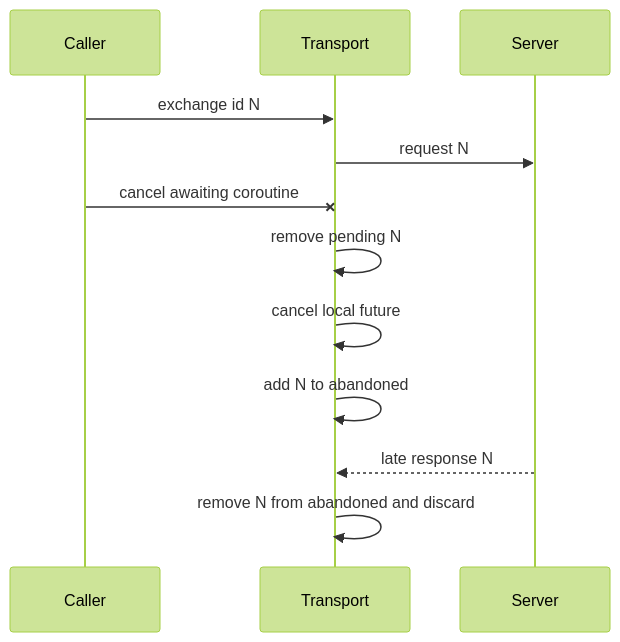
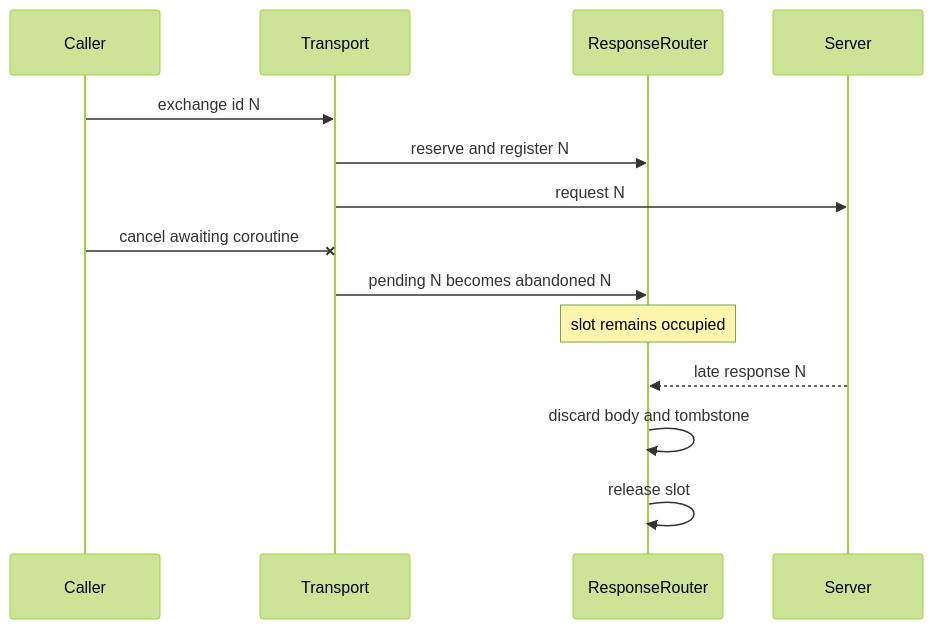
One commit to carrie1988/Harnessix changed the sixth of 15 diagrams in docs/modules/sdk.md. Above: the diagram before and after it, drawn with Mermaid (forest theme). The commit also changed other lines of this file and 12 other files, not shown here.

````diff
--- a/docs/modules/sdk.md
+++ b/docs/modules/sdk.md
@@ -341,14 +376,16 @@
 ```mermaid
 sequenceDiagram
     participant C as Caller
     participant T as Transport
+    participant R as ResponseRouter
     participant S as Server
     C->>T: exchange id N
+    T->>R: reserve and register N
     T->>S: request N
     C-xT: cancel awaiting coroutine
-    T->>T: remove pending N
-    T->>T: cancel local future
-    T->>T: add N to abandoned
-    S-->>T: late response N
-    T->>T: remove N from abandoned and discard
+    T->>R: pending N becomes abandoned N
+    Note over R: slot remains occupied
+    S-->>R: late response N
+    R->>R: discard body and tombstone
+    R->>R: release slot
 ```
````
